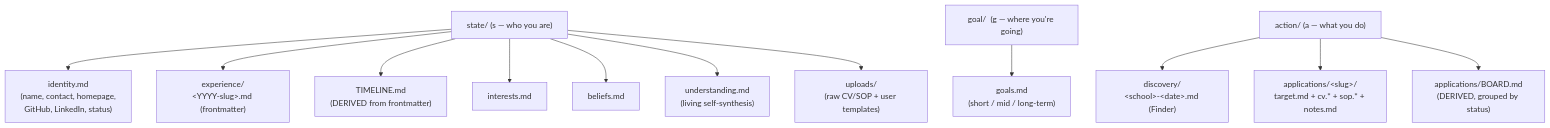
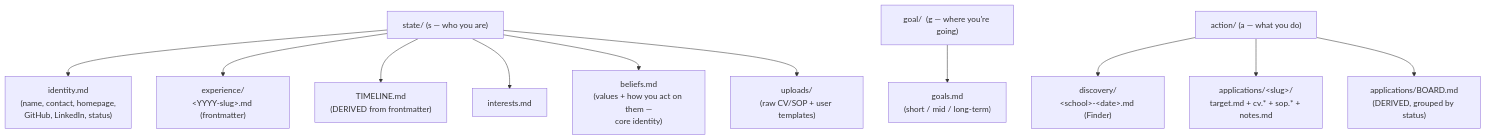
One commit to junggyubae/career-planner changed the third of 7 diagrams in .jg/prd-career-planner-card.md. Above: the diagram before and after it, drawn with Mermaid. The commit also changed other lines of this file and 4 other files, not shown here.

First line of the commit message:
Drop understanding.md; beliefs.md is the core-identity doc; card v0.2.1

````diff
--- a/.jg/prd-career-planner-card.md
+++ b/.jg/prd-career-planner-card.md
@@ -125,19 +125,18 @@
 ```mermaid
 flowchart TD
     S["state/  (s — who you are)"]
     S --> ID["identity.md<br/>(name, contact, homepage,<br/>GitHub, LinkedIn, status)"]
     S --> EXP["experience/<br/>&lt;YYYY-slug&gt;.md (frontmatter)"]
     S --> TL["TIMELINE.md<br/>(DERIVED from frontmatter)"]
     S --> INT["interests.md"]
-    S --> BEL["beliefs.md"]
-    S --> UND["understanding.md<br/>(living self-synthesis)"]
+    S --> BEL["beliefs.md<br/>(values + how you act on them —<br/>core identity)"]
     S --> UP["uploads/<br/>(raw CV/SOP + user templates)"]
 
     G["goal/  (g — where you're going)"]
     G --> GO["goals.md<br/>(short / mid / long-term)"]
 
     A["action/  (a — what you do)"]
     A --> DIS["discovery/<br/>&lt;school&gt;-&lt;date&gt;.md (Finder)"]
     A --> APP["applications/&lt;slug&gt;/<br/>target.md + cv.* + sop.* + notes.md"]
     A --> BRD["applications/BOARD.md<br/>(DERIVED, grouped by status)"]
 ```
````
